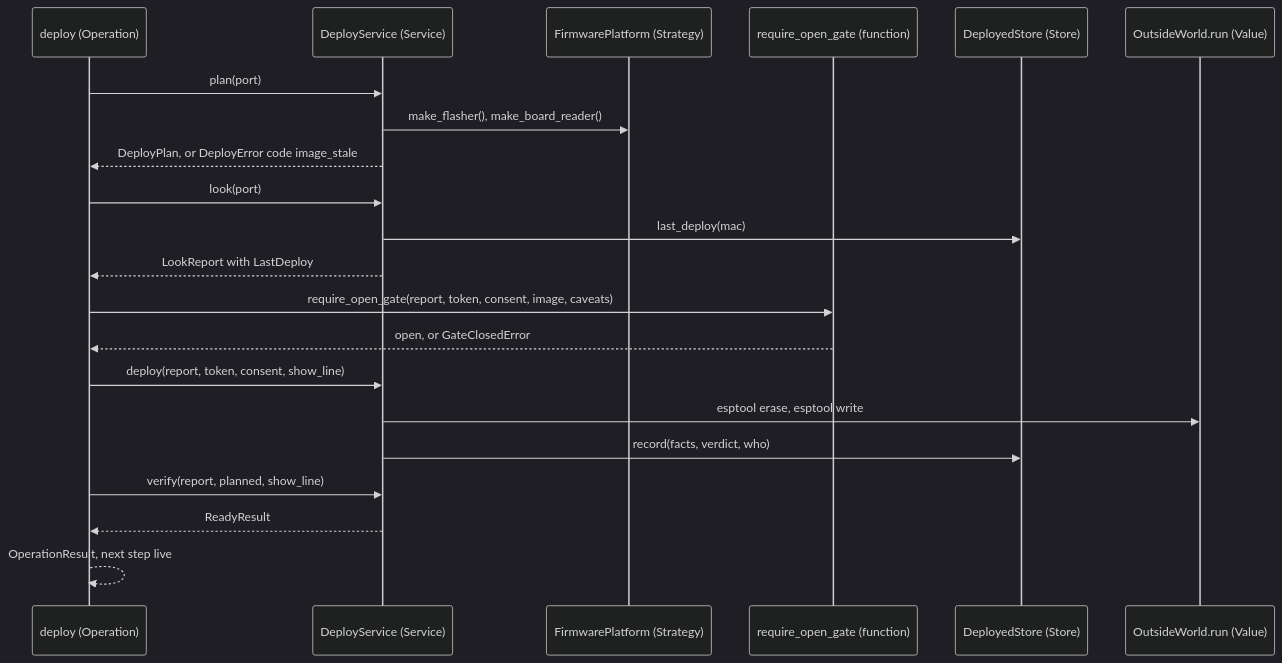
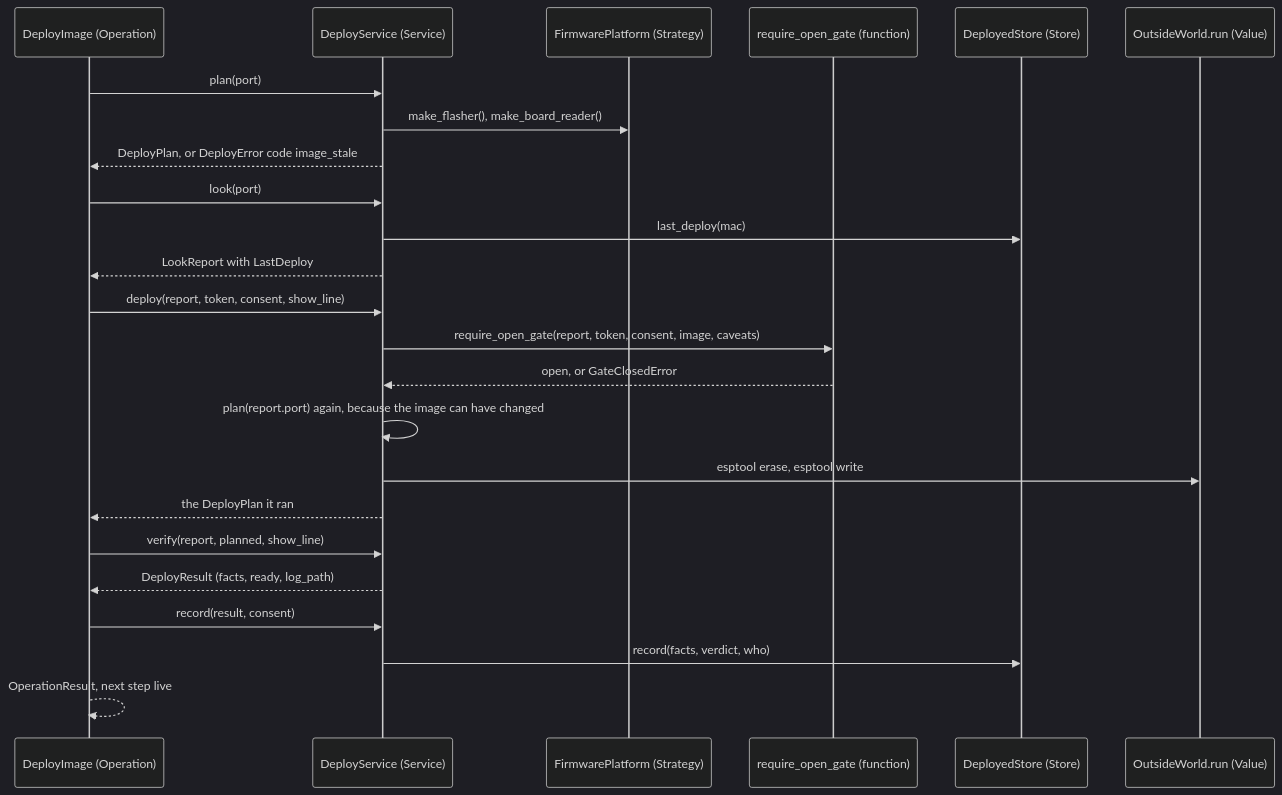
The fifth of 6 diagrams in docs/discovery/2026-10-19-p323-target-architecture/architecture/refactor-plan.md (xmejkal/spark), drawn with Mermaid (dark theme) before and after one commit. The commit also changed other lines of this file and 13 other files, not shown here.

````diff
--- a/docs/discovery/2026-10-19-p323-target-architecture/architecture/refactor-plan.md
+++ b/docs/discovery/2026-10-19-p323-target-architecture/architecture/refactor-plan.md
@@ -176,23 +211,26 @@
 ```mermaid
 sequenceDiagram
-  participant OP as deploy (Operation)
+  participant OP as DeployImage (Operation)
   participant DS as DeployService (Service)
   participant PL as FirmwarePlatform (Strategy)
   participant GT as require_open_gate (function)
   participant ST as DeployedStore (Store)
   participant OW as OutsideWorld.run (Value)
   OP->>DS: plan(port)
   DS->>PL: make_flasher(), make_board_reader()
   DS-->>OP: DeployPlan, or DeployError code image_stale
   OP->>DS: look(port)
   DS->>ST: last_deploy(mac)
   DS-->>OP: LookReport with LastDeploy
-  OP->>GT: require_open_gate(report, token, consent, image, caveats)
-  GT-->>OP: open, or GateClosedError
   OP->>DS: deploy(report, token, consent, show_line)
+  DS->>GT: require_open_gate(report, token, consent, image, caveats)
+  GT-->>DS: open, or GateClosedError
+  DS->>DS: plan(report.port) again, because the image can have changed
   DS->>OW: esptool erase, esptool write
+  DS-->>OP: the DeployPlan it ran
+  OP->>DS: verify(report, planned, show_line)
+  DS-->>OP: DeployResult (facts, ready, log_path)
+  OP->>DS: record(result, consent)
   DS->>ST: record(facts, verdict, who)
-  OP->>DS: verify(report, planned, show_line)
-  DS-->>OP: ReadyResult
   OP-->>OP: OperationResult, next step live
 ```
````
